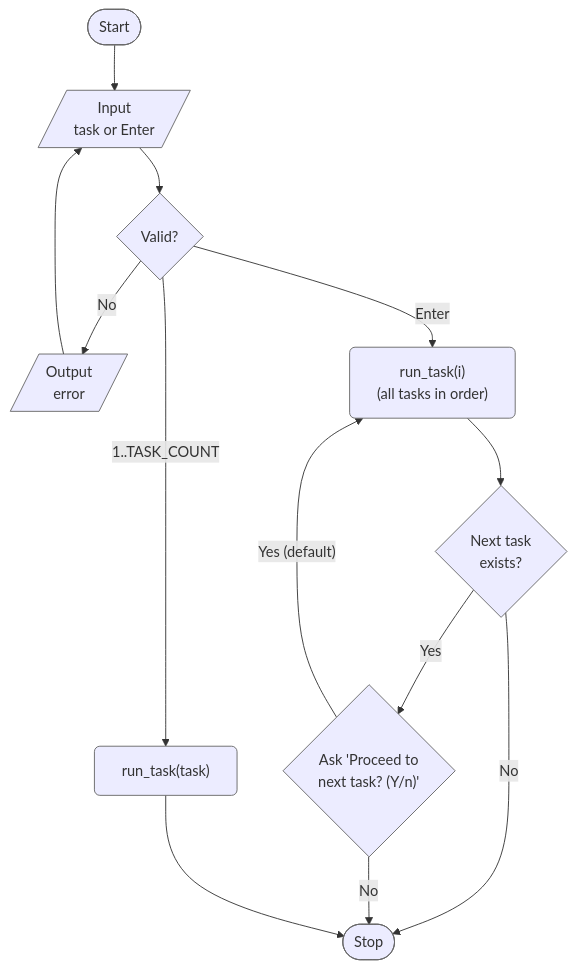
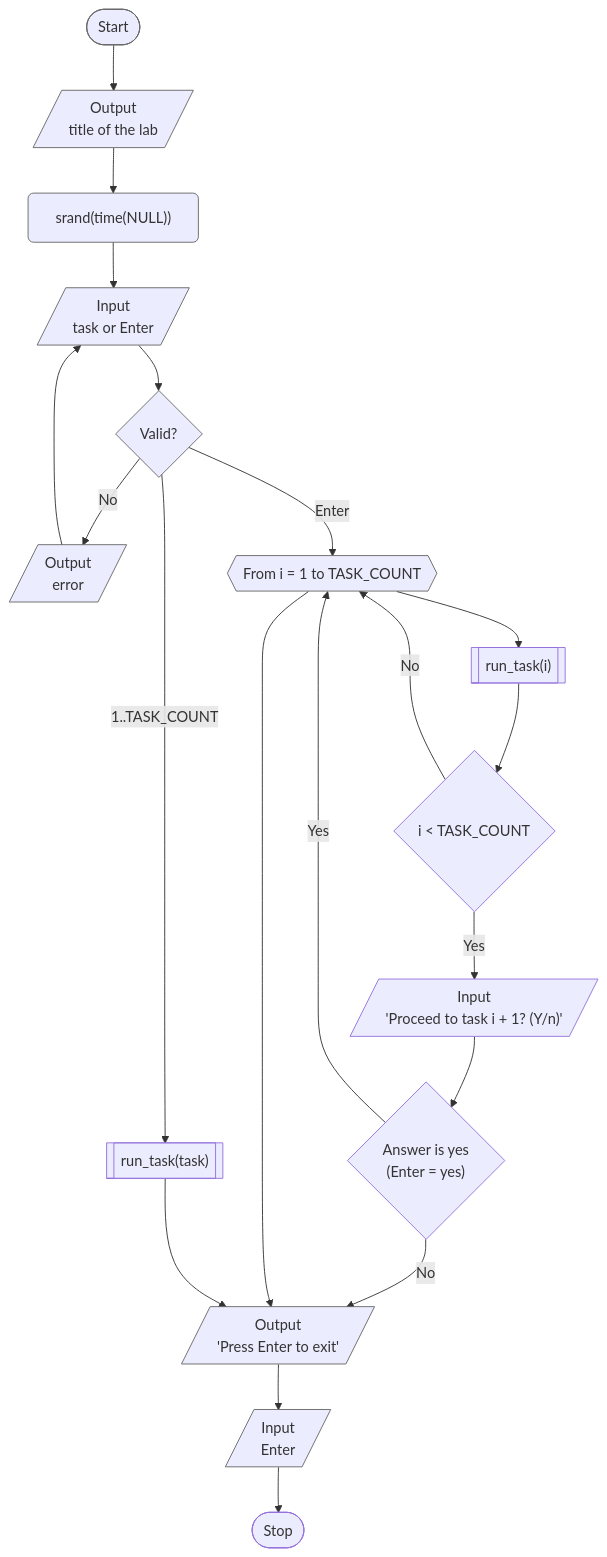
One commit to nykonhrytsyshyn/khnu-prog-labs changed the first of 4 diagrams in lab_06/README.md. Above: the diagram before and after it, drawn with Mermaid. The commit also changed other lines of this file and 2 other files, not shown here.

Commit message:
Update flowcharts

````diff
--- a/lab_06/README.md
+++ b/lab_06/README.md
@@ -37,18 +37,25 @@
 ```mermaid
 flowchart TD
-  A(["Start"]) --> B[/"Input<br/>task or Enter"/]
-  B --> C{"Valid?"}
-  C -->|No| D[/"Output<br/>error"/]
-  D --> B
-  C -->|"Enter"| E["run_task(i)<br/>(all tasks in order)"]
-  C -->|"1..TASK_COUNT"| F["run_task(task)"]
-  E --> M{"Next task<br/>exists?"}
-  M -->|No| H(["Stop"])
-  M -->|Yes| N{"Ask 'Proceed to<br/>next task? (Y/n)'"}
-  N -->|"Yes (default)"| E
-  N -->|No| H
-  F --> H
+  A(["Start"]) --> B[/"Output<br/>title of the lab"/]
+  B --> C["srand(time(NULL))"]
+  C --> D[/"Input<br/>task or Enter"/]
+  D --> E{"Valid?"}
+  E -->|No| F[/"Output<br/>error"/]
+  F --> D
+  E -->|"1..TASK_COUNT"| G[["run_task(task)"]]
+  E -->|"Enter"| H{{"From i = 1 to TASK_COUNT"}}
+  H --> I[["run_task(i)"]]
+  I --> J{"i < TASK_COUNT"}
+  J -->|Yes| K[/"Input<br/>'Proceed to task i + 1? (Y/n)'"/]
+  J -->|No| H
+  K --> L{"Answer is yes<br/>(Enter = yes)"}
+  L -->|Yes| H
+  L -->|No| M
+  H --> M[/"Output<br/>'Press Enter to exit'"/]
+  G --> M
+  M --> N[/"Input<br/>Enter"/]
+  N --> O(["Stop"])
 
   classDef stage stroke:#666,rx:6,ry:6
   class A,B,C,D,E,F,H,M,N stage
 ```
````
